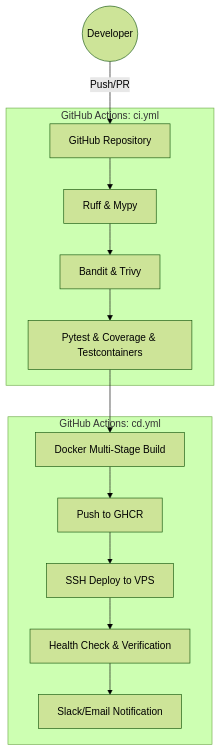
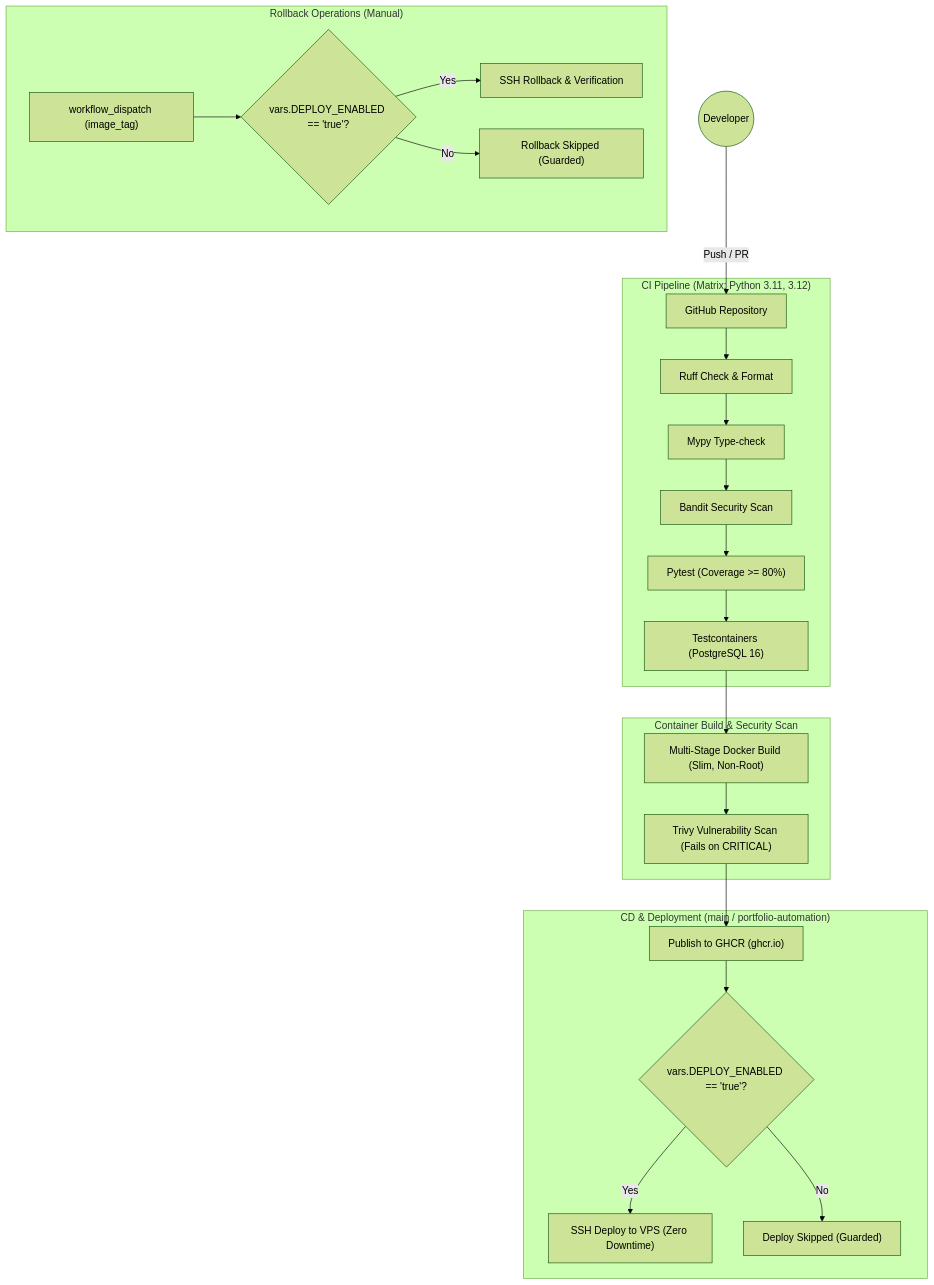
One commit to valarcon1226/IBM-Agentric-IA-labs changed the diagram in Portfolio-Automation/12-ci-cd-pipeline/README.md. Above: the diagram before and after it, drawn with Mermaid (forest theme). The commit also changed other lines of this file and 1 other file, not shown here.

Commit message:
12: README documents the pipeline, secrets and how to enable deploys

````diff
--- a/Portfolio-Automation/12-ci-cd-pipeline/README.md
+++ b/Portfolio-Automation/12-ci-cd-pipeline/README.md
@@ -7,18 +12,30 @@
 ```mermaid
 flowchart TD
-    Developer((Developer)) -->|Push/PR| GitHub[GitHub Repository]
-    
-    subgraph CI Pipeline [GitHub Actions: ci.yml]
-        GitHub --> Lint[Ruff & Mypy]
-        Lint --> SecScan[Bandit & Trivy]
-        SecScan --> Test[Pytest & Coverage & Testcontainers]
+    Dev((Developer)) -->|Push / PR| GH[GitHub Repository]
+
+    subgraph CI ["CI Pipeline (Matrix: Python 3.11, 3.12)"]
+        GH --> Lint["Ruff Check & Format"]
+        Lint --> Type["Mypy Type-check"]
+        Type --> SAST["Bandit Security Scan"]
+        SAST --> Unit["Pytest (Coverage >= 80%)"]
+        Unit --> Int["Testcontainers (PostgreSQL 16)"]
     end
-    
-    subgraph CD Pipeline [GitHub Actions: cd.yml]
-        Test --> Build[Docker Multi-Stage Build]
-        Build --> Push[Push to GHCR]
-        Push --> Deploy[SSH Deploy to VPS]
-        Deploy --> Verify[Health Check & Verification]
-        Verify --> Notify[Slack/Email Notification]
+
+    subgraph Security ["Container Build & Security Scan"]
+        Int --> DockerBuild["Multi-Stage Docker Build (Slim, Non-Root)"]
+        DockerBuild --> Trivy["Trivy Vulnerability Scan (Fails on CRITICAL)"]
+    end
+
+    subgraph CD ["CD & Deployment (main / portfolio-automation)"]
+        Trivy --> Publish["Publish to GHCR (ghcr.io)"]
+        Publish --> DeployCheck{"vars.DEPLOY_ENABLED == 'true'?"}
+        DeployCheck -->|Yes| SSHDeploy["SSH Deploy to VPS (Zero Downtime)"]
+        DeployCheck -->|No| Disabled["Deploy Skipped (Guarded)"]
+    end
+
+    subgraph Ops ["Rollback Operations (Manual)"]
+        Dispatch["workflow_dispatch (image_tag)"] --> RollbackCheck{"vars.DEPLOY_ENABLED == 'true'?"}
+        RollbackCheck -->|Yes| SSHRollback["SSH Rollback & Verification"]
+        RollbackCheck -->|No| RollbackDisabled["Rollback Skipped (Guarded)"]
     end
 ```
````
